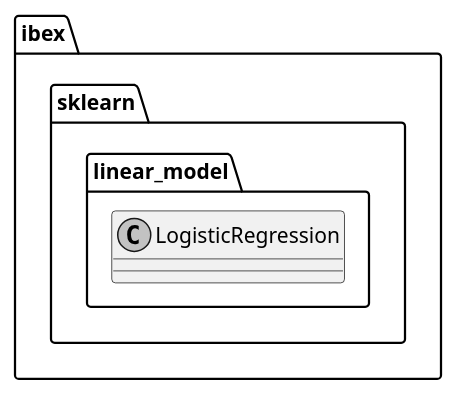
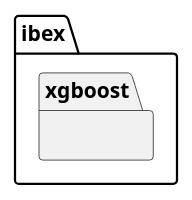
One commit to atavory/atavory.github.io changed the diagram in ibex_pres/ibex_layer_1_xgboost.plantuml. Above: the diagram before and after it, drawn with PlantUML. The commit also changed other lines of this file and 11 other files, not shown here.

```diff
--- a/ibex_pres/ibex_layer_1_xgboost.plantuml
+++ b/ibex_pres/ibex_layer_1_xgboost.plantuml
@@ -1,13 +2,14 @@
 @startuml
 
 skinparam monochrome true
 skinparam shadowing false
 
 
-package ibex.sklearn.linear_model {
-    class LogisticRegression {
+package ibex {
 
+    package xgboost {
     }
+
 }
 
 @enduml
```
